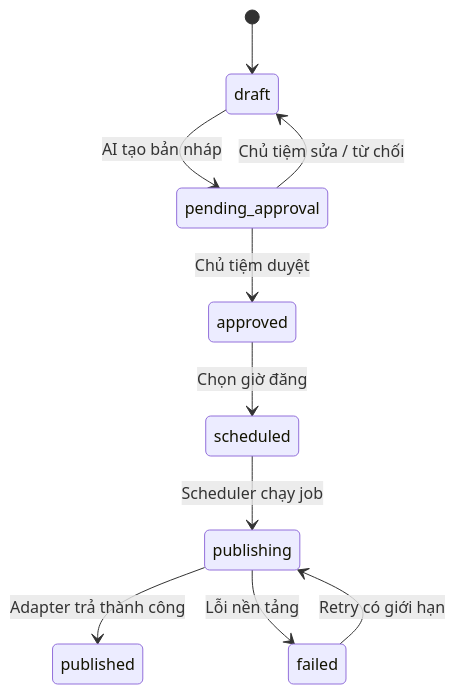
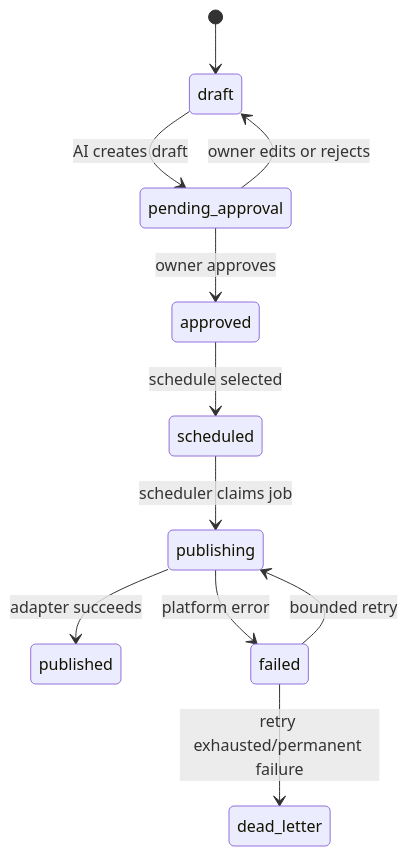
Before and after one commit to brianhuynh2021/havi: the third of 4 diagrams in docs/architecture/SYSTEM_ARCHITECTURE.md, drawn with Mermaid. The commit also changed other lines of this file and 25 other files, not shown here.

Commit message:
feat: continue founder beta roadmap

````diff
--- a/docs/architecture/SYSTEM_ARCHITECTURE.md
+++ b/docs/architecture/SYSTEM_ARCHITECTURE.md
@@ -234,12 +219,13 @@
 ```mermaid
 stateDiagram-v2
     [*] --> draft
-    draft --> pending_approval: AI tạo bản nháp
-    pending_approval --> draft: Chủ tiệm sửa / từ chối
-    pending_approval --> approved: Chủ tiệm duyệt
-    approved --> scheduled: Chọn giờ đăng
-    scheduled --> publishing: Scheduler chạy job
-    publishing --> published: Adapter trả thành công
-    publishing --> failed: Lỗi nền tảng
-    failed --> publishing: Retry có giới hạn
+    draft --> pending_approval: AI creates draft
+    pending_approval --> draft: owner edits or rejects
+    pending_approval --> approved: owner approves
+    approved --> scheduled: schedule selected
+    scheduled --> publishing: scheduler claims job
+    publishing --> published: adapter succeeds
+    publishing --> failed: platform error
+    failed --> publishing: bounded retry
+    failed --> dead_letter: retry exhausted/permanent failure
 ```
````
